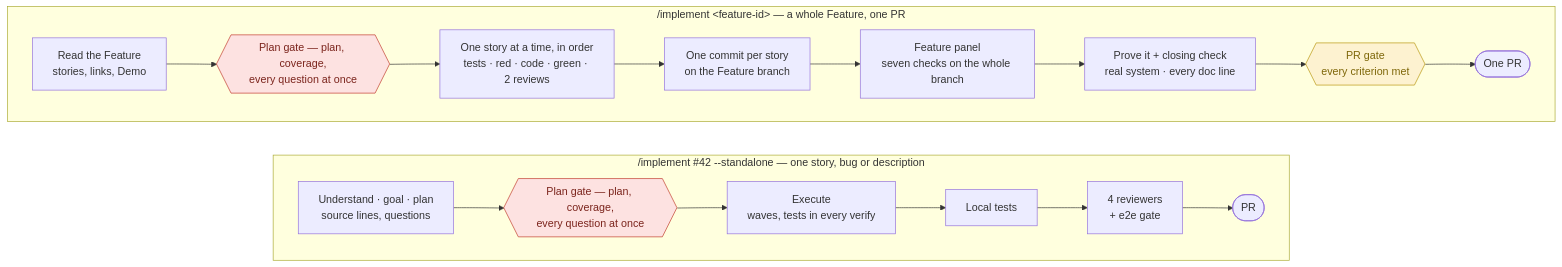
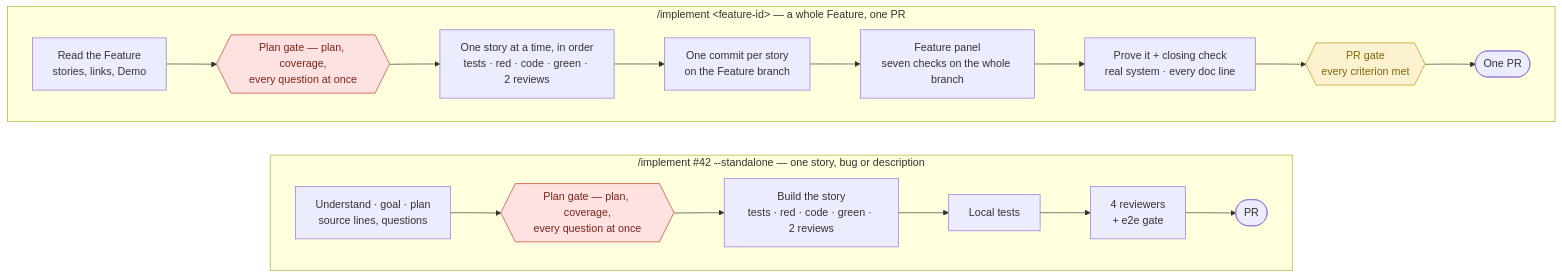
Before and after one commit to anudeeps28/claude-code-harness: the first of 4 diagrams in README.md, drawn with Mermaid. The commit also changed other lines of this file and 72 other files, not shown here.

````diff
--- a/README.md
+++ b/README.md
@@ -16,29 +16,29 @@
 ```mermaid
 flowchart TB
     subgraph F["/implement &lt;feature-id&gt; — a whole Feature, one PR"]
         direction LR
         F1["Read the Feature<br/>stories, links, Demo"] --> F2{{"Plan gate — plan, coverage,<br/>every question at once"}}
         F2 --> F3["One story at a time, in order<br/>tests · red · code · green · 2 reviews"]
         F3 --> F4["One commit per story<br/>on the Feature branch"]
         F4 --> F5["Feature panel<br/>seven checks on the whole branch"]
         F5 --> F6["Prove it + closing check<br/>real system · every doc line"]
         F6 --> F7{{"PR gate<br/>every criterion met"}}
         F7 --> F8(["One PR"])
     end
 
     subgraph S["/implement #42 --standalone — one story, bug or description"]
         direction LR
         S1["Understand · goal · plan<br/>source lines, questions"] --> S2{{"Plan gate — plan, coverage,<br/>every question at once"}}
-        S2 --> S3["Execute<br/>waves, tests in every verify"]
+        S2 --> S3["Build the story<br/>tests · red · code · green · 2 reviews"]
         S3 --> S4["Local tests"]
         S4 --> S5["4 reviewers<br/>+ e2e gate"]
         S5 --> S7(["PR"])
     end
 
     F ~~~ S
 
     classDef stop fill:#fde2e1,stroke:#c0392b,color:#7b241c
     classDef gate fill:#fdf2d0,stroke:#b7950b,color:#7d6608
     class F2,S2 stop
     class F7 gate
 ```
````
